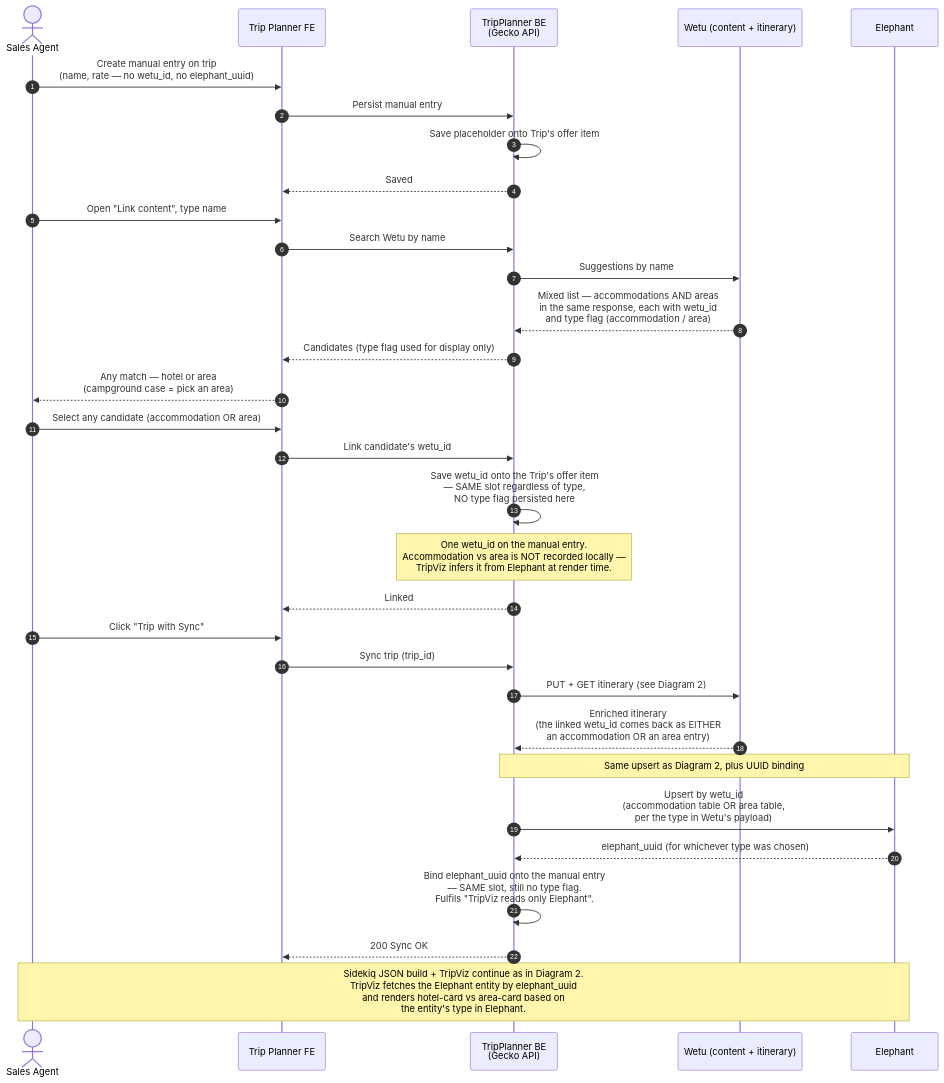
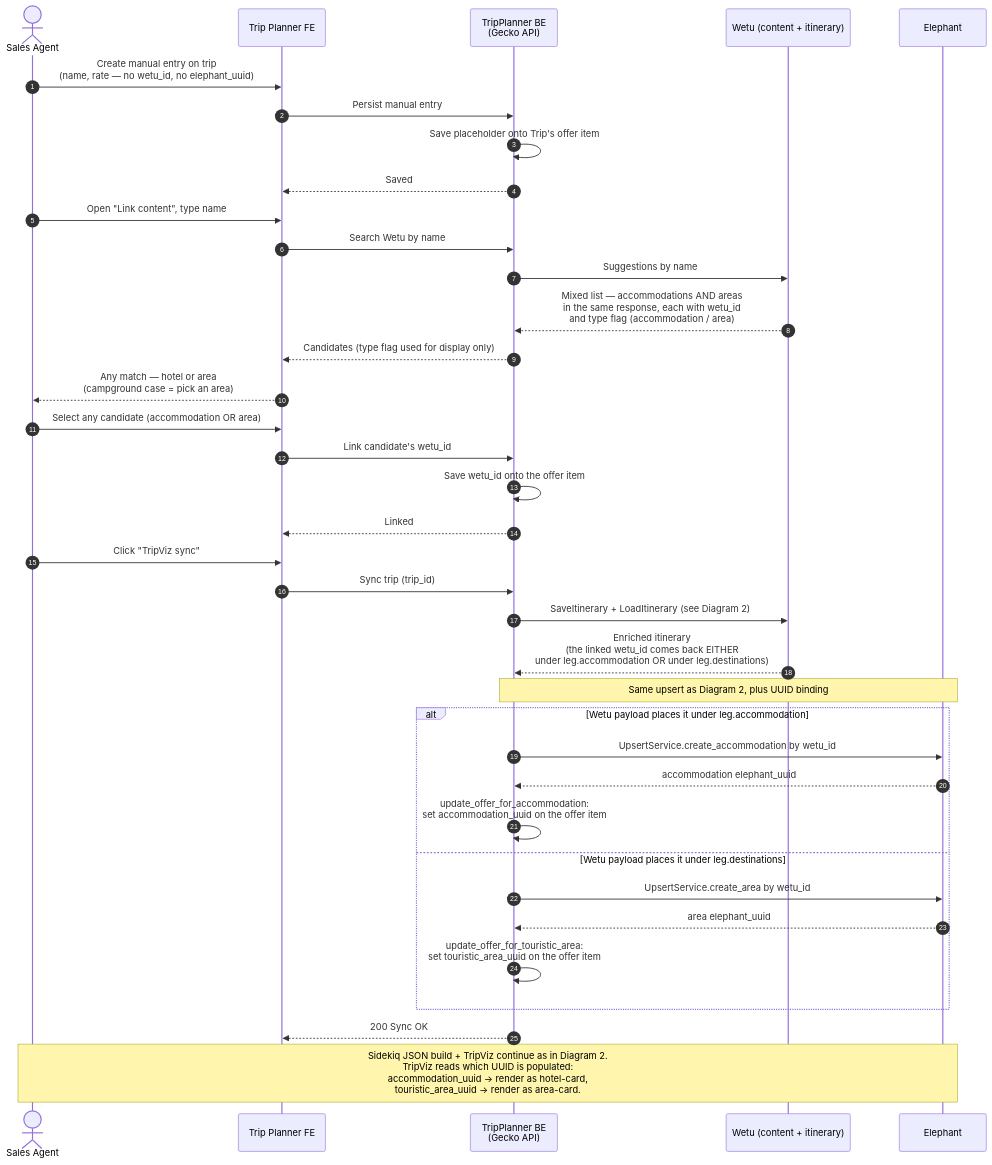
The fourth of 5 diagrams in OUTPUTS/2026-04-24_TripPlannerWetu-sequence-diagrams/TripPlannerWetu_Confluence.md (kliuchnikau-tourlane/ClaudeCowork), drawn with Mermaid before and after one commit. The commit also changed other lines of this file and 5 other files, not shown here.

````diff
--- a/OUTPUTS/2026-04-24_TripPlannerWetu-sequence-diagrams/TripPlannerWetu_Confluence.md
+++ b/OUTPUTS/2026-04-24_TripPlannerWetu-sequence-diagrams/TripPlannerWetu_Confluence.md
@@ -206,40 +204,45 @@
 ```mermaid
 sequenceDiagram
     autonumber
     actor Agent as Sales Agent
     participant TP as Trip Planner FE
     participant BE as TripPlanner BE<br/>(Gecko API)
     participant Wetu as Wetu (content + itinerary)
     participant Eleph as Elephant
 
     Agent->>TP: Create manual entry on trip<br/>(name, rate — no wetu_id, no elephant_uuid)
     TP->>BE: Persist manual entry
     BE->>BE: Save placeholder onto Trip's offer item
     BE-->>TP: Saved
 
     Agent->>TP: Open "Link content", type name
     TP->>BE: Search Wetu by name
     BE->>Wetu: Suggestions by name
     Wetu-->>BE: Mixed list — accommodations AND areas<br/>in the same response, each with wetu_id<br/>and type flag (accommodation / area)
     BE-->>TP: Candidates (type flag used for display only)
     TP-->>Agent: Any match — hotel or area<br/>(campground case = pick an area)
 
     Agent->>TP: Select any candidate (accommodation OR area)
     TP->>BE: Link candidate's wetu_id
-    BE->>BE: Save wetu_id onto the Trip's offer item<br/>— SAME slot regardless of type,<br/>NO type flag persisted here
-    Note over BE: One wetu_id on the manual entry.<br/>Accommodation vs area is NOT recorded locally —<br/>TripViz infers it from Elephant at render time.
+    BE->>BE: Save wetu_id onto the offer item
     BE-->>TP: Linked
 
-    Agent->>TP: Click "Trip with Sync"
+    Agent->>TP: Click "TripViz sync"
     TP->>BE: Sync trip (trip_id)
-    BE->>Wetu: PUT + GET itinerary (see Diagram 2)
-    Wetu-->>BE: Enriched itinerary<br/>(the linked wetu_id comes back as EITHER<br/>an accommodation OR an area entry)
+    BE->>Wetu: SaveItinerary + LoadItinerary (see Diagram 2)
+    Wetu-->>BE: Enriched itinerary<br/>(the linked wetu_id comes back EITHER<br/>under leg.accommodation OR under leg.destinations)
 
     Note over BE,Eleph: Same upsert as Diagram 2, plus UUID binding
-    BE->>Eleph: Upsert by wetu_id<br/>(accommodation table OR area table,<br/>per the type in Wetu's payload)
-    Eleph-->>BE: elephant_uuid (for whichever type was chosen)
-    BE->>BE: Bind elephant_uuid onto the manual entry<br/>— SAME slot, still no type flag.<br/>Fulfils "TripViz reads only Elephant".
+    alt Wetu payload places it under leg.accommodation
+        BE->>Eleph: UpsertService.create_accommodation by wetu_id
+        Eleph-->>BE: accommodation elephant_uuid
+        BE->>BE: update_offer_for_accommodation:<br/>set accommodation_uuid on the offer item
+    else Wetu payload places it under leg.destinations
+        BE->>Eleph: UpsertService.create_area by wetu_id
+        Eleph-->>BE: area elephant_uuid
+        BE->>BE: update_offer_for_touristic_area:<br/>set touristic_area_uuid on the offer item
+    end
     BE-->>TP: 200 Sync OK
 
-    Note over Agent,Eleph: Sidekiq JSON build + TripViz continue as in Diagram 2.<br/>TripViz fetches the Elephant entity by elephant_uuid<br/>and renders hotel-card vs area-card based on<br/>the entity's type in Elephant.
+    Note over Agent,Eleph: Sidekiq JSON build + TripViz continue as in Diagram 2.<br/>TripViz reads which UUID is populated:<br/>accommodation_uuid → render as hotel-card,<br/>touristic_area_uuid → render as area-card.
 ```
````
